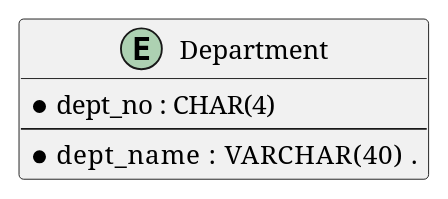
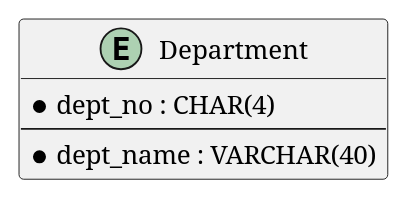
Before and after one commit to AnsgarNell/HR-Tool-Backend: the second of 2 diagrams in README.adoc, drawn with PlantUML. The commit also changed 2 other files, not shown here.

Commit message:
Remove dot to expand PlantUML container.

```diff
--- a/README.adoc
+++ b/README.adoc
@@ -132,9 +132,9 @@
 [plantuml,images/departments-schema,png]
 ....
 
 entity Department {
     * dept_no : CHAR(4)
     --
-    * dept_name : VARCHAR(40)     .
+    * dept_name : VARCHAR(40)
 }
 ....
```
